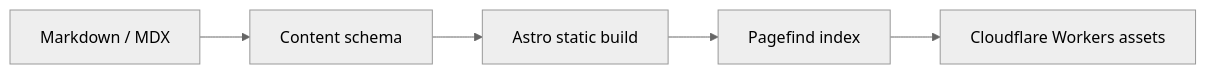
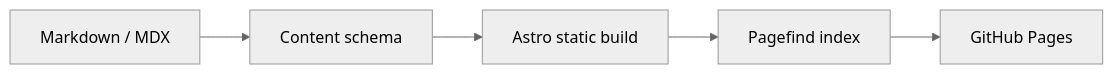
The diagram in src/content/blog/astro-content-site-draft.mdx (CarlLee1983/carlstack), drawn with Mermaid (neutral theme) before and after one commit. The commit also changed other lines of this file and 15 other files, not shown here.

Commit message:
ci: deploy site with GitHub Pages

````diff
--- a/src/content/blog/astro-content-site-draft.mdx
+++ b/src/content/blog/astro-content-site-draft.mdx
@@ -63,7 +63,7 @@
 ```mermaid
 flowchart LR
   A[Markdown / MDX] --> B[Content schema]
   B --> C[Astro static build]
   C --> D[Pagefind index]
-  D --> E[Cloudflare Workers assets]
+  D --> E[GitHub Pages]
 ```
````
